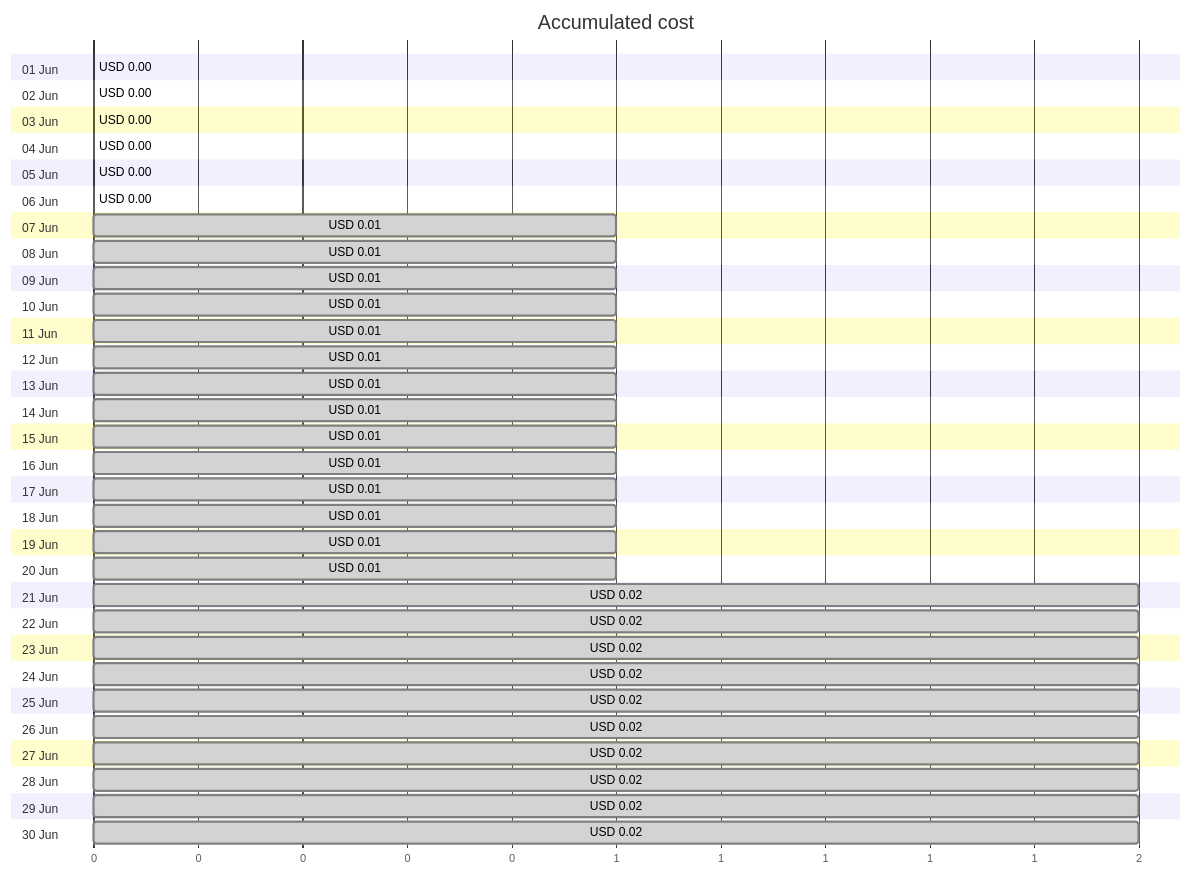
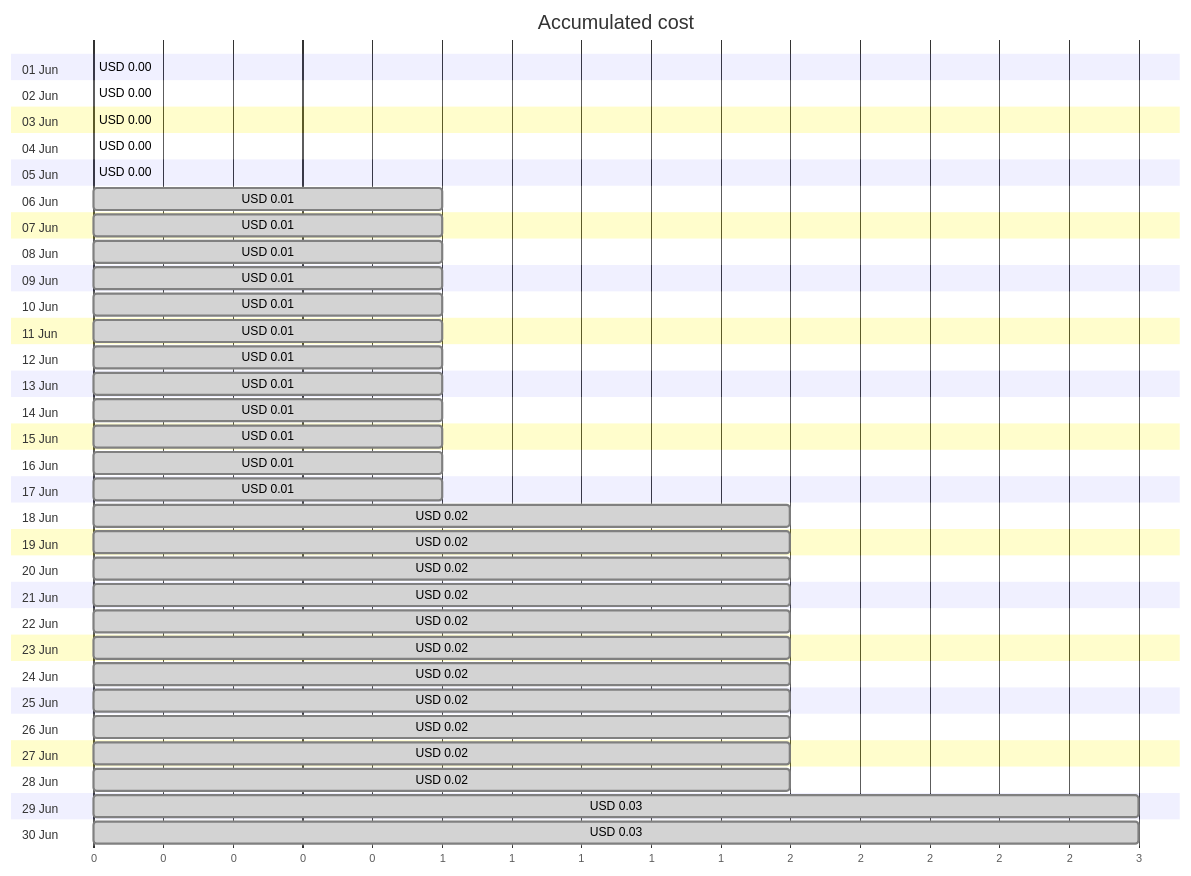
The first of 4 diagrams in cost-reports/personal-site/personalsiteapipreview.md (jpfulton/azure-personal-reports), drawn with Mermaid before and after one commit. The commit also changed other lines of this file and 6 other files, not shown here.

````diff
--- a/cost-reports/personal-site/personalsiteapipreview.md
+++ b/cost-reports/personal-site/personalsiteapipreview.md
@@ -20,66 +20,66 @@
 ```mermaid
 gantt
    title Accumulated cost
    dateFormat  X
    axisFormat %s
    section 01 Jun
    USD 0.00 :0, 0
    section 02 Jun
    USD 0.00 :0, 0
    section 03 Jun
    USD 0.00 :0, 0
    section 04 Jun
-   USD 0.00 : done, 0, 0
+   USD 0.00 :0, 0
    section 05 Jun
    USD 0.00 : done, 0, 0
    section 06 Jun
-   USD 0.00 : done, 0, 0
+   USD 0.01 : done, 0, 1
    section 07 Jun
    USD 0.01 : done, 0, 1
    section 08 Jun
    USD 0.01 : done, 0, 1
    section 09 Jun
    USD 0.01 : done, 0, 1
    section 10 Jun
    USD 0.01 : done, 0, 1
    section 11 Jun
    USD 0.01 : done, 0, 1
    section 12 Jun
    USD 0.01 : done, 0, 1
    section 13 Jun
    USD 0.01 : done, 0, 1
    section 14 Jun
    USD 0.01 : done, 0, 1
    section 15 Jun
    USD 0.01 : done, 0, 1
    section 16 Jun
    USD 0.01 : done, 0, 1
    section 17 Jun
    USD 0.01 : done, 0, 1
    section 18 Jun
-   USD 0.01 : done, 0, 1
+   USD 0.02 : done, 0, 2
    section 19 Jun
-   USD 0.01 : done, 0, 1
+   USD 0.02 : done, 0, 2
    section 20 Jun
-   USD 0.01 : done, 0, 1
+   USD 0.02 : done, 0, 2
    section 21 Jun
    USD 0.02 : done, 0, 2
    section 22 Jun
    USD 0.02 : done, 0, 2
    section 23 Jun
    USD 0.02 : done, 0, 2
    section 24 Jun
    USD 0.02 : done, 0, 2
    section 25 Jun
    USD 0.02 : done, 0, 2
    section 26 Jun
    USD 0.02 : done, 0, 2
    section 27 Jun
    USD 0.02 : done, 0, 2
    section 28 Jun
    USD 0.02 : done, 0, 2
    section 29 Jun
-   USD 0.02 : done, 0, 2
+   USD 0.03 : done, 0, 3
    section 30 Jun
-   USD 0.02 : done, 0, 2
+   USD 0.03 : done, 0, 3
 ```
````
